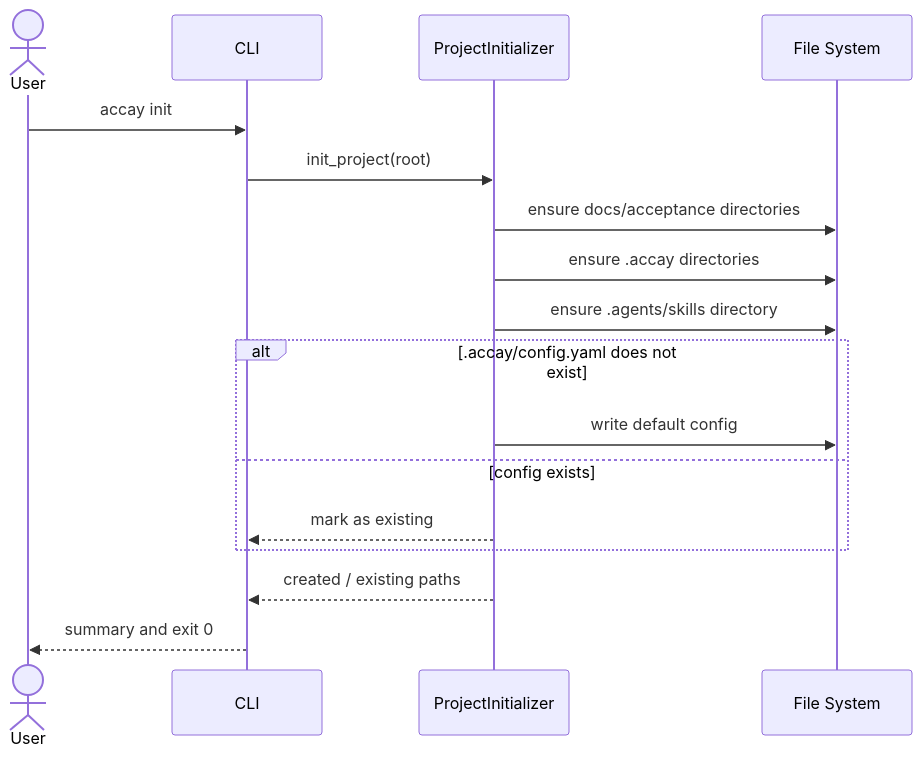
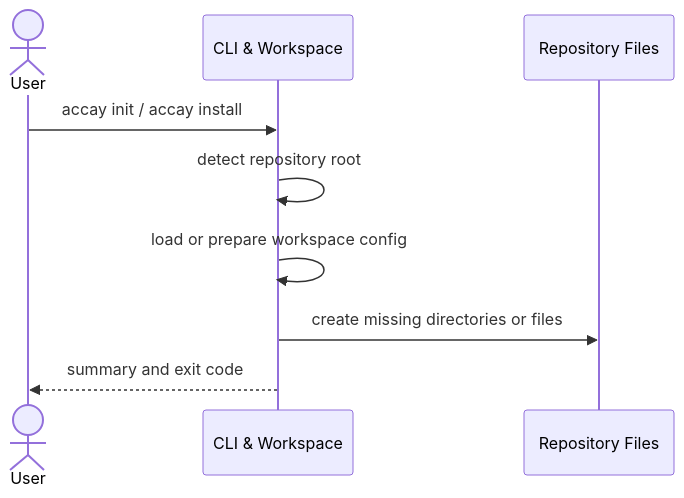
The third of 7 diagrams in docs/architecture.md (autotaker/accay), drawn with Mermaid before and after one commit. The commit also changed other lines of this file, not shown here.

Commit message:
Refine architecture design

````diff
--- a/docs/architecture.md
+++ b/docs/architecture.md
@@ -233,20 +394,12 @@
 ```mermaid
 sequenceDiagram
   actor User
-  participant CLI
-  participant ProjectInitializer
-  participant FS as File System
+  participant CLI as CLI & Workspace
+  participant FS as Repository Files
 
-  User->>CLI: accay init
-  CLI->>ProjectInitializer: init_project(root)
-  ProjectInitializer->>FS: ensure docs/acceptance directories
-  ProjectInitializer->>FS: ensure .accay directories
-  ProjectInitializer->>FS: ensure .agents/skills directory
-  alt .accay/config.yaml does not exist
-    ProjectInitializer->>FS: write default config
-  else config exists
-    ProjectInitializer-->>CLI: mark as existing
-  end
-  ProjectInitializer-->>CLI: created / existing paths
-  CLI-->>User: summary and exit 0
+  User->>CLI: accay init / accay install
+  CLI->>CLI: detect repository root
+  CLI->>CLI: load or prepare workspace config
+  CLI->>FS: create missing directories or files
+  CLI-->>User: summary and exit code
 ```
````
